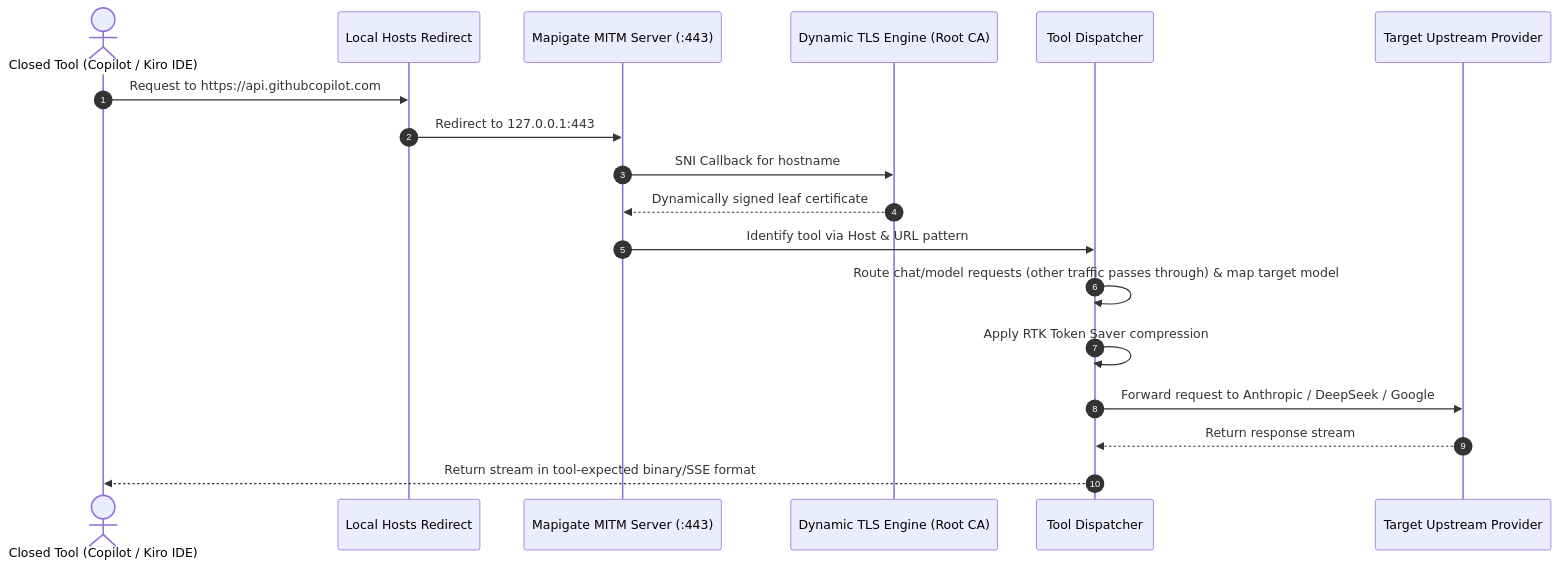
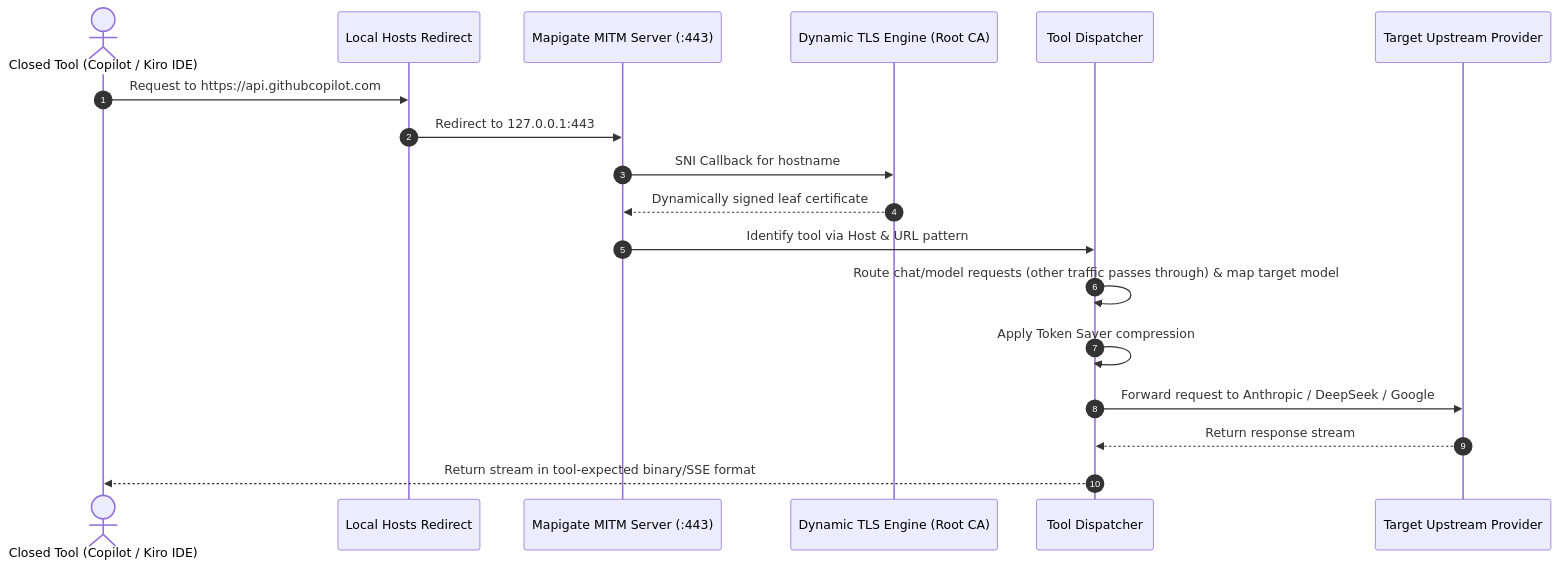
One commit to joutvhu/mapigate changed the fourth of 4 diagrams in README.md. Above: the diagram before and after it, drawn with Mermaid. The commit also changed other lines of this file and 3 other files, not shown here.

First line of the commit message:
docs(core): update token saver architecture and project metadata

````diff
--- a/README.md
+++ b/README.md
@@ -370,21 +378,21 @@
 ```mermaid
 sequenceDiagram
     autonumber
     actor Tool as Closed Tool (Copilot / Kiro IDE)
     participant DNS as Local Hosts Redirect
     participant MITM as Mapigate MITM Server (:443)
     participant TLS as Dynamic TLS Engine (Root CA)
     participant Handler as Tool Dispatcher
     participant Upstream as Target Upstream Provider
 
     Tool->>DNS: Request to https://api.githubcopilot.com
     DNS->>MITM: Redirect to 127.0.0.1:443
     MITM->>TLS: SNI Callback for hostname
     TLS-->>MITM: Dynamically signed leaf certificate
     MITM->>Handler: Identify tool via Host & URL pattern
     Handler->>Handler: Route chat/model requests (other traffic passes through) & map target model
-    Handler->>Handler: Apply RTK Token Saver compression
+    Handler->>Handler: Apply Token Saver compression
     Handler->>Upstream: Forward request to Anthropic / DeepSeek / Google
     Upstream-->>Handler: Return response stream
     Handler-->>Tool: Return stream in tool-expected binary/SSE format
 ```
````
